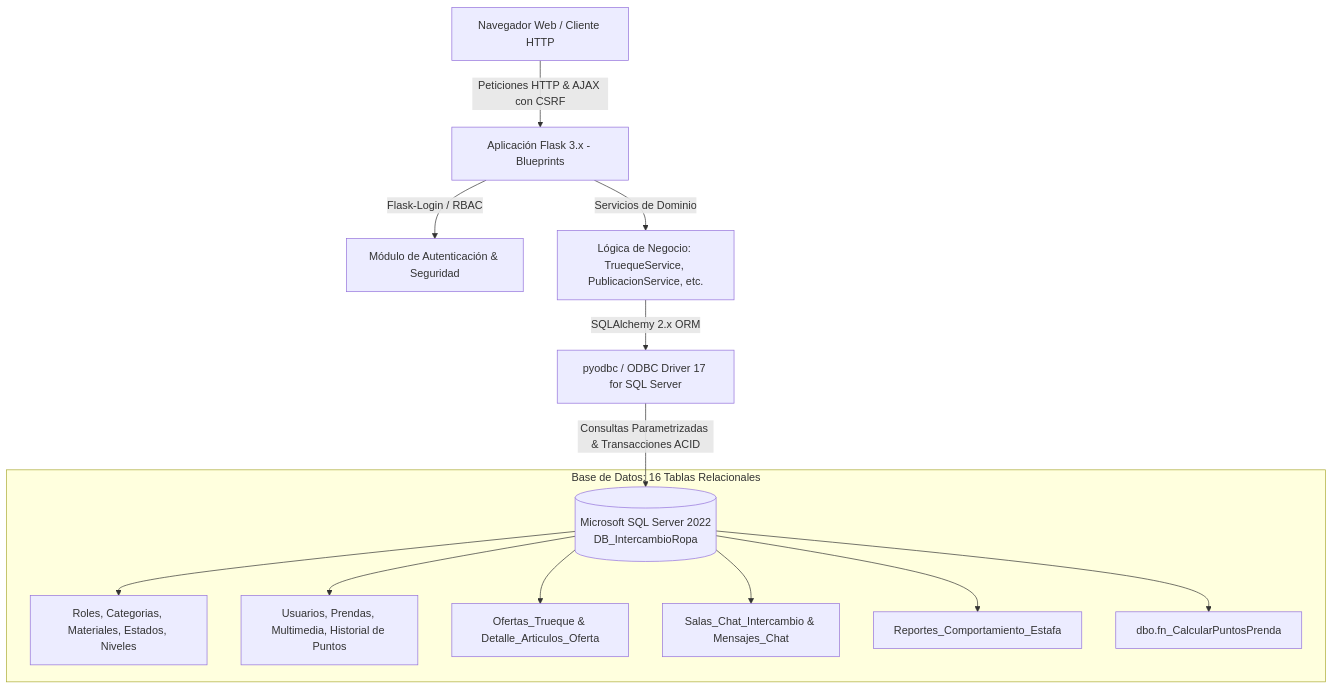
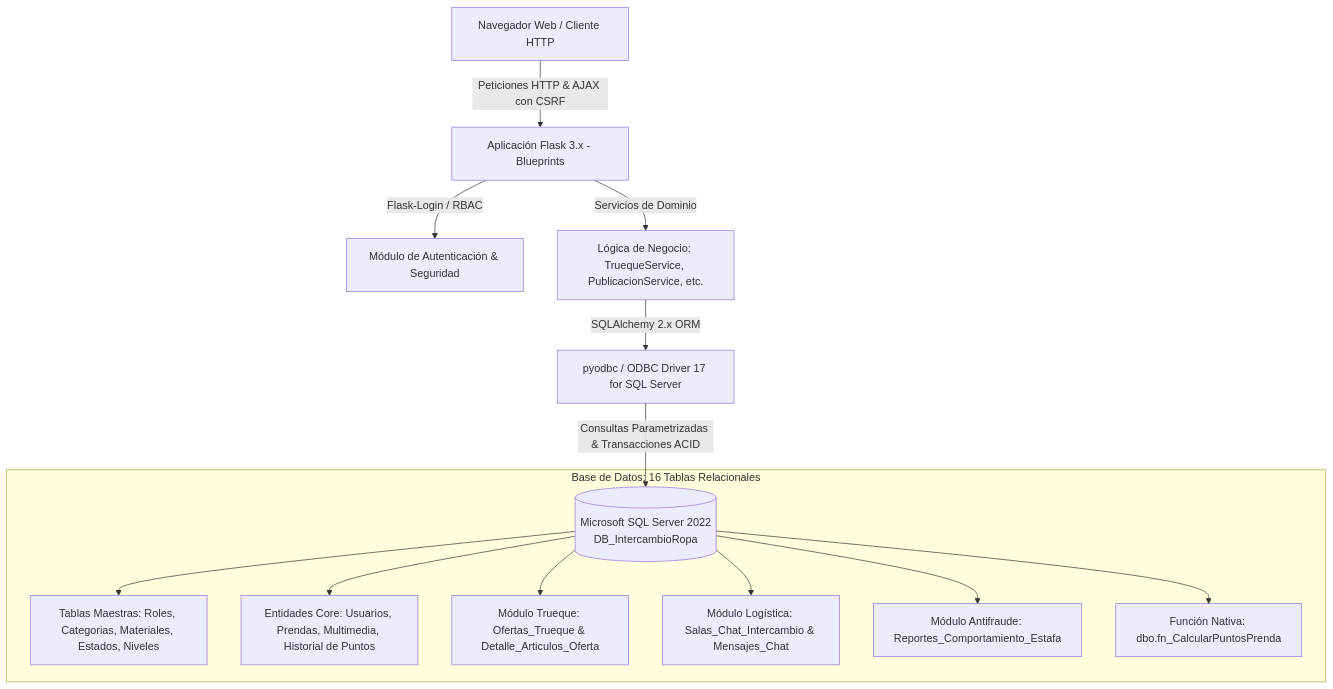
The diagram in README.md (Bladimirtrespa/modacircular), drawn with Mermaid before and after one commit. The commit also changed other lines of this file and 1 other file, not shown here.

Commit message:
docs: Revision final de README.md con arquitectura, creditos, formulas y licencia MIT

````diff
--- a/README.md
+++ b/README.md
@@ -22,17 +22,17 @@
 ```mermaid
 graph TD
-    Client[Navegador Web / Cliente HTTP] -->|Peticiones HTTP & AJAX con CSRF| App[Aplicación Flask 3.x - Blueprints]
-    App -->|Flask-Login / RBAC| Auth[Módulo de Autenticación & Seguridad]
-    App -->|Servicios de Dominio| Services[Lógica de Negocio: TruequeService, PublicacionService, etc.]
-    Services -->|SQLAlchemy 2.x ORM| Driver[pyodbc / ODBC Driver 17 for SQL Server]
-    Driver -->|Consultas Parametrizadas & Transacciones ACID| DB[(Microsoft SQL Server 2022\nDB_IntercambioRopa)]
+    Client["Navegador Web / Cliente HTTP"] -->|Peticiones HTTP & AJAX con CSRF| App["Aplicación Flask 3.x - Blueprints"]
+    App -->|Flask-Login / RBAC| Auth["Módulo de Autenticación & Seguridad"]
+    App -->|Servicios de Dominio| Services["Lógica de Negocio: TruequeService, PublicacionService, etc."]
+    Services -->|SQLAlchemy 2.x ORM| Driver["pyodbc / ODBC Driver 17 for SQL Server"]
+    Driver -->|Consultas Parametrizadas & Transacciones ACID| DB[("Microsoft SQL Server 2022<br/>DB_IntercambioRopa")]
     
     subgraph "Base de Datos: 16 Tablas Relacionales"
-        DB --> Maestras[Roles, Categorias, Materiales, Estados, Niveles]
-        DB --> Core[Usuarios, Prendas, Multimedia, Historial de Puntos]
-        DB --> Trueques[Ofertas_Trueque & Detalle_Articulos_Oferta]
-        DB --> ChatEnvios[Salas_Chat_Intercambio & Mensajes_Chat]
-        DB --> Auditoria[Reportes_Comportamiento_Estafa]
-        DB --> SQLFunc[dbo.fn_CalcularPuntosPrenda]
+        DB --> Maestras["Tablas Maestras: Roles, Categorias, Materiales, Estados, Niveles"]
+        DB --> Core["Entidades Core: Usuarios, Prendas, Multimedia, Historial de Puntos"]
+        DB --> Trueques["Módulo Trueque: Ofertas_Trueque & Detalle_Articulos_Oferta"]
+        DB --> ChatEnvios["Módulo Logística: Salas_Chat_Intercambio & Mensajes_Chat"]
+        DB --> Auditoria["Módulo Antifraude: Reportes_Comportamiento_Estafa"]
+        DB --> SQLFunc["Función Nativa: dbo.fn_CalcularPuntosPrenda"]
     end
 ```
````
